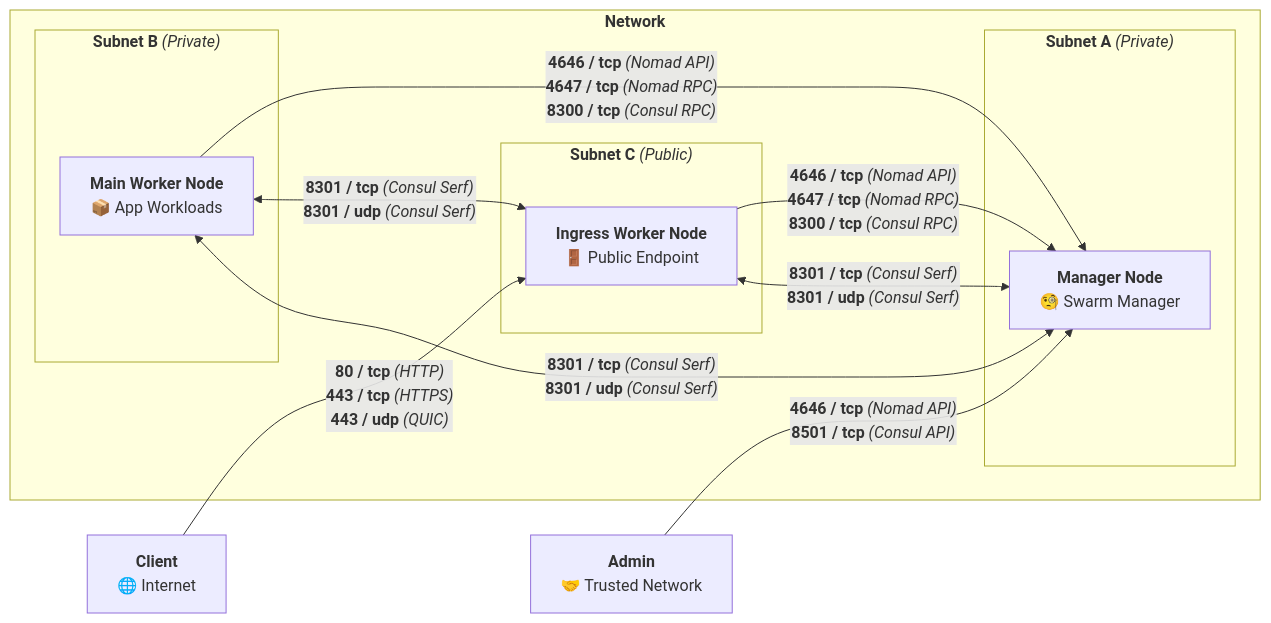
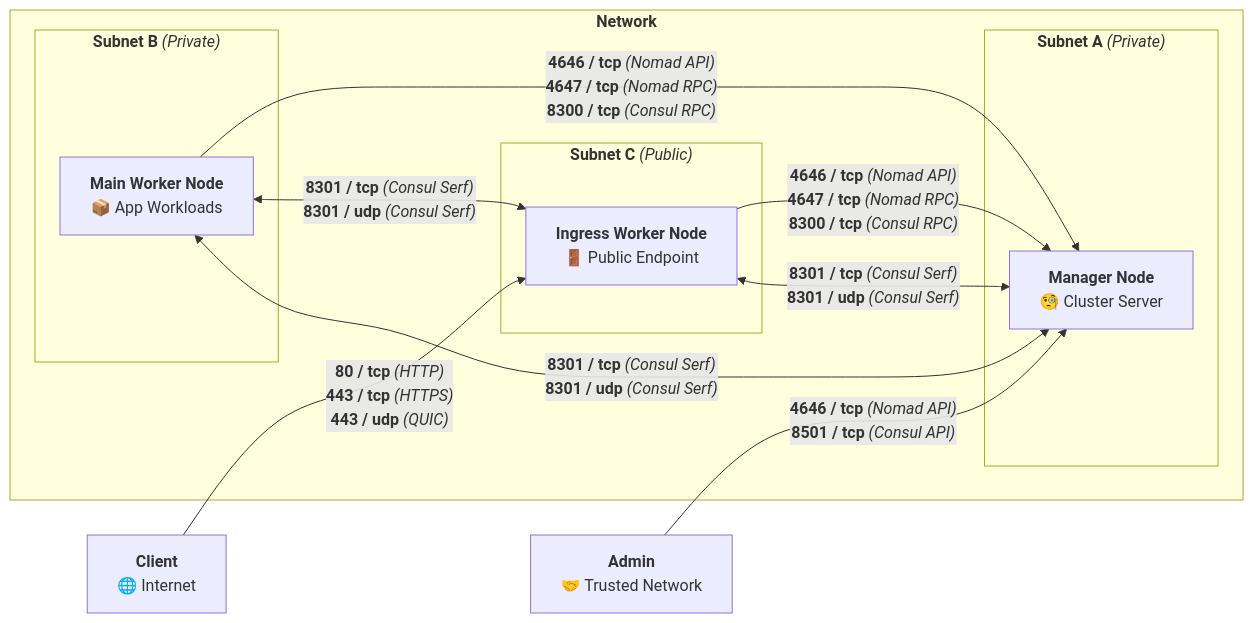
One commit to cloud-skeleton/prerequisites changed the diagram in README.md. Above: the diagram before and after it, drawn with Mermaid.

````diff
--- a/README.md
+++ b/README.md
@@ -21,35 +21,35 @@
 ```mermaid
 graph LR
 
   external_client["<b>Client</b><br>🌐 Internet"]
 
   admin["<b>Admin</b><br>🤝 Trusted Network"]
 
   subgraph "<b>Network</b>"
     subgraph "<b>Subnet A</b> <i>(Private)</i>"
-      manager["<b>Manager Node</b><br>🧐 Swarm Manager"]
+      manager["<b>Manager Node</b><br>🧐 Cluster Server"]
     end
 
     subgraph "<b>Subnet B</b> <i>(Private)</i>"
       worker["<b>Main Worker Node</b><br>📦 App Workloads"]
     end
 
     subgraph "<b>Subnet C</b> <i>(Public)</i>"
       ingress["<b>Ingress Worker Node</b><br>🚪 Public Endpoint"]
     end
   end
 
   external_client -->|"<b>80 / tcp</b> <i>(HTTP)</i><br><b>443 / tcp</b> <i>(HTTPS)</i><br><b>443 / udp</b> <i>(QUIC)</i>"| ingress
 
   ingress -->|"<b>4646 / tcp</b> <i>(Nomad API)</i><br><b>4647 / tcp</b> <i>(Nomad RPC)</i><br><b>8300 / tcp</b> <i>(Consul RPC)</i>"| manager
 
   worker -->|"<b>4646 / tcp</b> <i>(Nomad API)</i><br><b>4647 / tcp</b> <i>(Nomad RPC)</i><br><b>8300 / tcp</b> <i>(Consul RPC)</i>"| manager
 
   worker <-->|"<b>8301 / tcp</b> <i>(Consul Serf)</i><br><b>8301 / udp</b> <i>(Consul Serf)</i>"| ingress
 
   worker <-->|"<b>8301 / tcp</b> <i>(Consul Serf)</i><br><b>8301 / udp</b> <i>(Consul Serf)</i>"| manager
 
   ingress <-->|"<b>8301 / tcp</b> <i>(Consul Serf)</i><br><b>8301 / udp</b> <i>(Consul Serf)</i>"| manager
 
   admin -->|"<b>4646 / tcp</b> <i>(Nomad API)</i><br><b>8501 / tcp</b> <i>(Consul API)</i>"| manager
 ```
````
